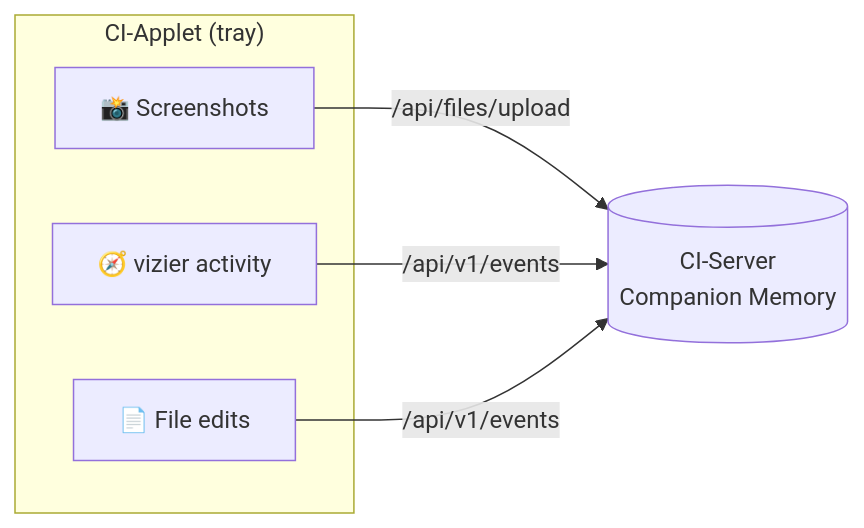
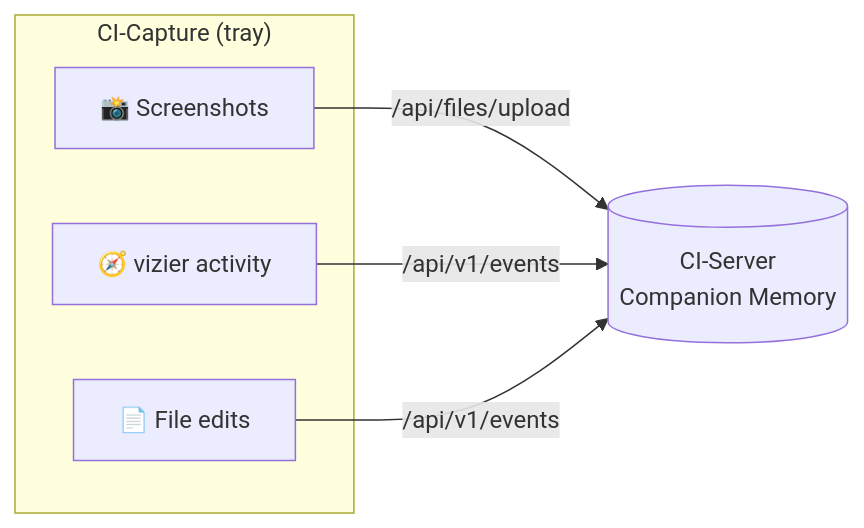
One commit to companionintelligence/CI-Capture changed the first of 2 diagrams in README.md. Above: the diagram before and after it, drawn with Mermaid. The commit also changed other lines of this file, not shown here.

````diff
--- a/README.md
+++ b/README.md
@@ -27,11 +27,11 @@
 ```mermaid
 flowchart LR
-    subgraph A["CI‑Applet (tray)"]
+    subgraph A["CI‑Capture (tray)"]
         SHOT["📸 Screenshots"]
         VIZ["🧭 vizier activity"]
         FILE["📄 File edits"]
     end
     SHOT -->|"/api/files/upload"| CI[("CI‑Server<br/>Companion Memory")]
     VIZ  -->|"/api/v1/events"| CI
     FILE -->|"/api/v1/events"| CI
 ```
````
